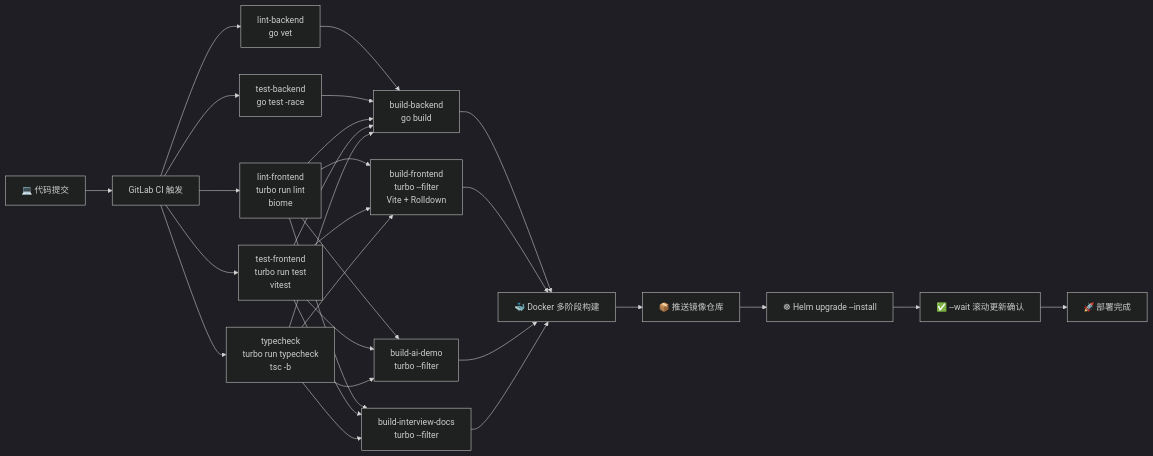
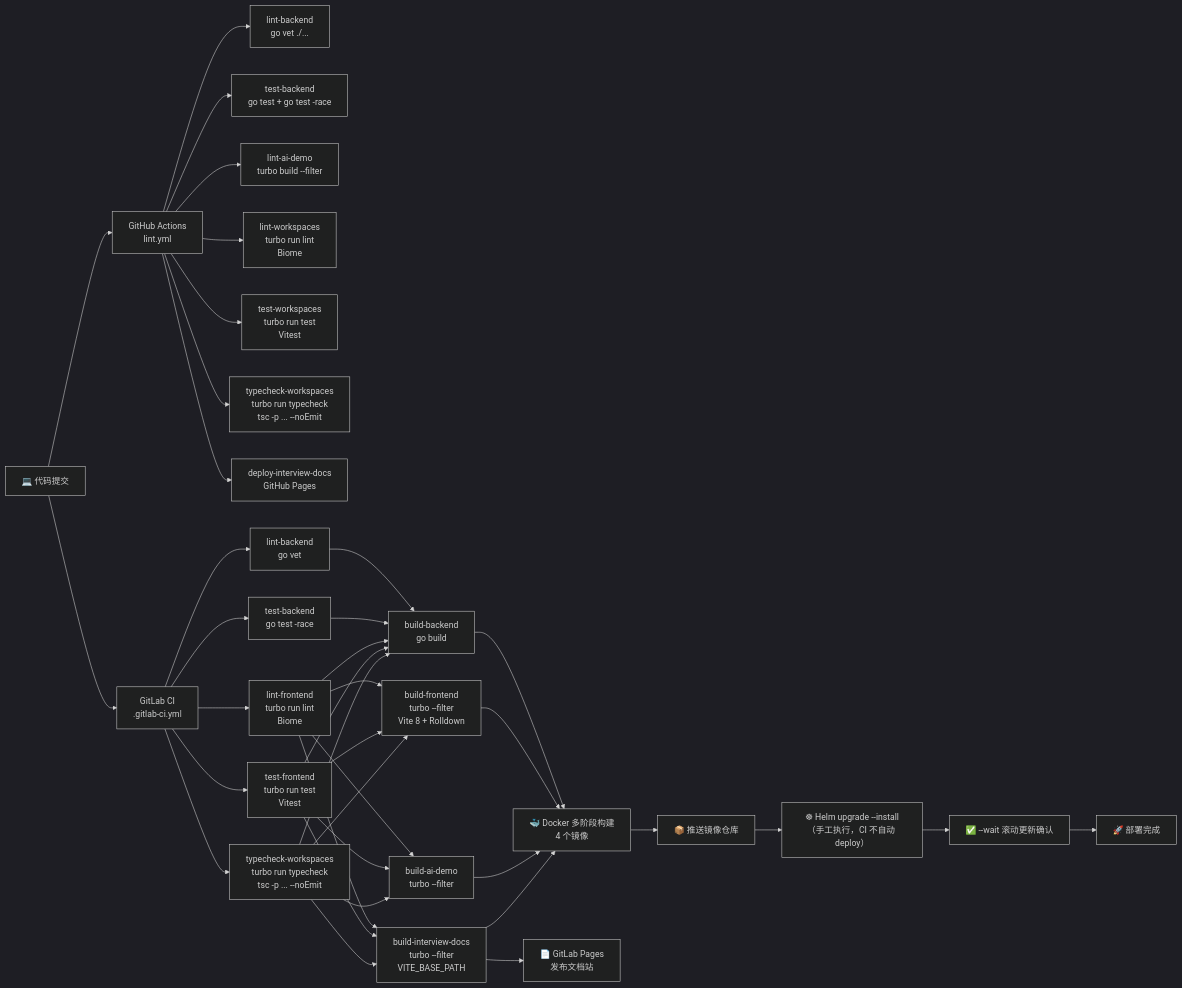
One commit to KMaybe01/interview-demo changed the fifth of 49 diagrams in docs/S4-面试冲刺/00-面试技术亮点汇总.md. Above: the diagram before and after it, drawn with Mermaid (dark theme). The commit also changed other lines of this file and 2 other files, not shown here.

````diff
--- a/docs/S4-面试冲刺/00-面试技术亮点汇总.md
+++ b/docs/S4-面试冲刺/00-面试技术亮点汇总.md
@@ -384,18 +392,29 @@
 ```mermaid
 graph LR
-    A["💻 代码提交"] --> B["GitLab CI 触发"]
-    B --> C1["lint-backend<br/>go vet"]
-    B --> C2["test-backend<br/>go test -race"]
-    B --> C3["lint-frontend<br/>turbo run lint<br/>biome"]
-    B --> C4["test-frontend<br/>turbo run test<br/>vitest"]
-    B --> C5["typecheck<br/>turbo run typecheck<br/>tsc -b"]
+    A["💻 代码提交"] --> B1["GitHub Actions<br/>lint.yml"]
+    A --> B2["GitLab CI<br/>.gitlab-ci.yml"]
+
+    B1 --> G1["lint-backend<br/>go vet ./..."]
+    B1 --> G2["test-backend<br/>go test + go test -race"]
+    B1 --> G3["lint-ai-demo<br/>turbo build --filter"]
+    B1 --> G4["lint-workspaces<br/>turbo run lint<br/>Biome"]
+    B1 --> G5["test-workspaces<br/>turbo run test<br/>Vitest"]
+    B1 --> G6["typecheck-workspaces<br/>turbo run typecheck<br/>tsc -p ... --noEmit"]
+    B1 --> G7["deploy-interview-docs<br/>GitHub Pages"]
+
+    B2 --> C1["lint-backend<br/>go vet"]
+    B2 --> C2["test-backend<br/>go test -race"]
+    B2 --> C3["lint-frontend<br/>turbo run lint<br/>Biome"]
+    B2 --> C4["test-frontend<br/>turbo run test<br/>Vitest"]
+    B2 --> C5["typecheck-workspaces<br/>turbo run typecheck<br/>tsc -p ... --noEmit"]
     C1 & C2 & C3 & C4 & C5 --> D["build-backend<br/>go build"]
-    C3 & C4 & C5 --> E["build-frontend<br/>turbo --filter<br/>Vite + Rolldown"]
+    C3 & C4 & C5 --> E["build-frontend<br/>turbo --filter<br/>Vite 8 + Rolldown"]
     C3 & C4 & C5 --> F["build-ai-demo<br/>turbo --filter"]
-    C3 & C4 & C5 --> G["build-interview-docs<br/>turbo --filter"]
-    D & E & F & G --> H["🐳 Docker 多阶段构建"]
+    C3 & C4 & C5 --> G["build-interview-docs<br/>turbo --filter<br/>VITE_BASE_PATH"]
+    D & E & F & G --> H["🐳 Docker 多阶段构建<br/>4 个镜像"]
     H --> I["📦 推送镜像仓库"]
-    I --> J["☸ Helm upgrade --install"]
+    G --> P["📄 GitLab Pages<br/>发布文档站"]
+    I --> J["☸ Helm upgrade --install<br/>（手工执行，CI 不自动 deploy）"]
     J --> K["✅ --wait 滚动更新确认"]
     K --> L["🚀 部署完成"]
 ```
````
